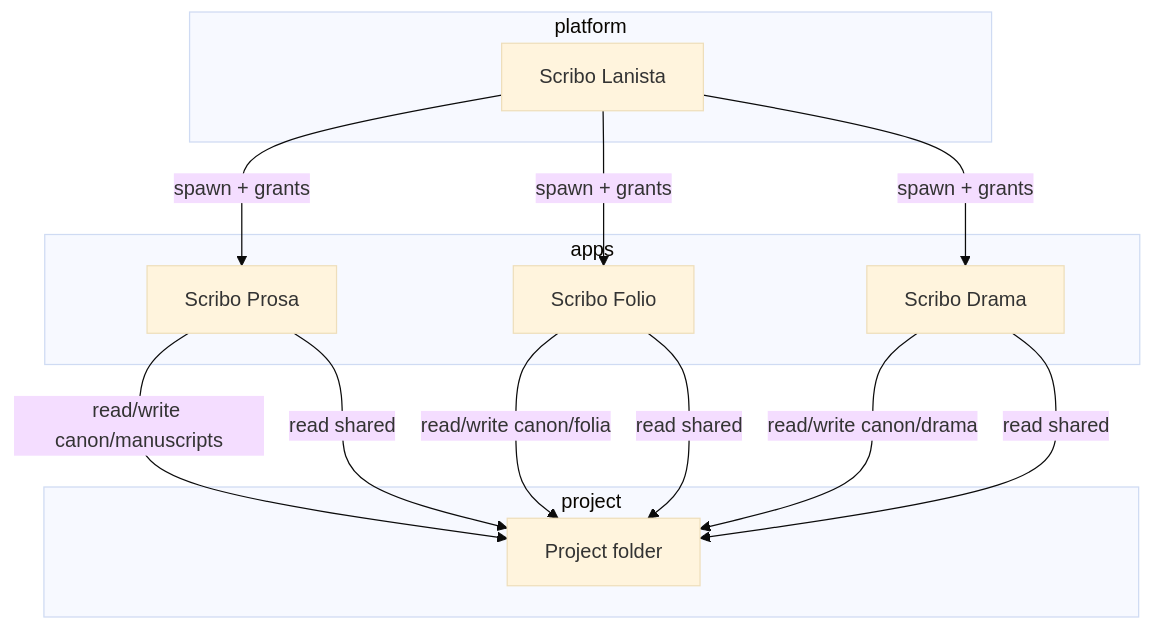
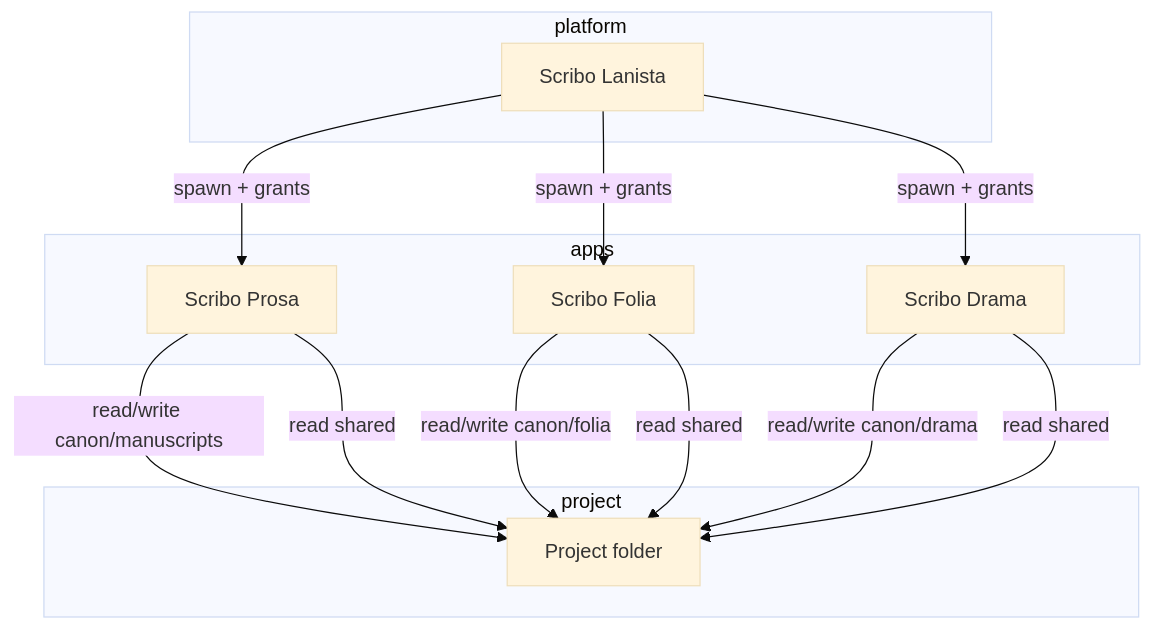
One commit to erista-scribam/base changed the first of 2 diagrams in docs/specs/multi-application-project-architecture.md. Above: the diagram before and after it, drawn with Mermaid (base theme). The commit also changed other lines of this file and 17 other files, not shown here.

````diff
--- a/docs/specs/multi-application-project-architecture.md
+++ b/docs/specs/multi-application-project-architecture.md
@@ -153,23 +153,23 @@
 ```mermaid
 flowchart TB
   subgraph platform
     L[Scribo Lanista]
   end
   subgraph apps
     P[Scribo Prosa]
-    F[Scribo Folio]
+    F[Scribo Folia]
     D[Scribo Drama]
   end
   subgraph project
     PR[Project folder]
   end
   L -->|spawn + grants| P
   L -->|spawn + grants| F
   L -->|spawn + grants| D
   P -->|read/write canon/manuscripts| PR
   F -->|read/write canon/folia| PR
   D -->|read/write canon/drama| PR
   P -->|read shared| PR
   F -->|read shared| PR
   D -->|read shared| PR
 ```
````
